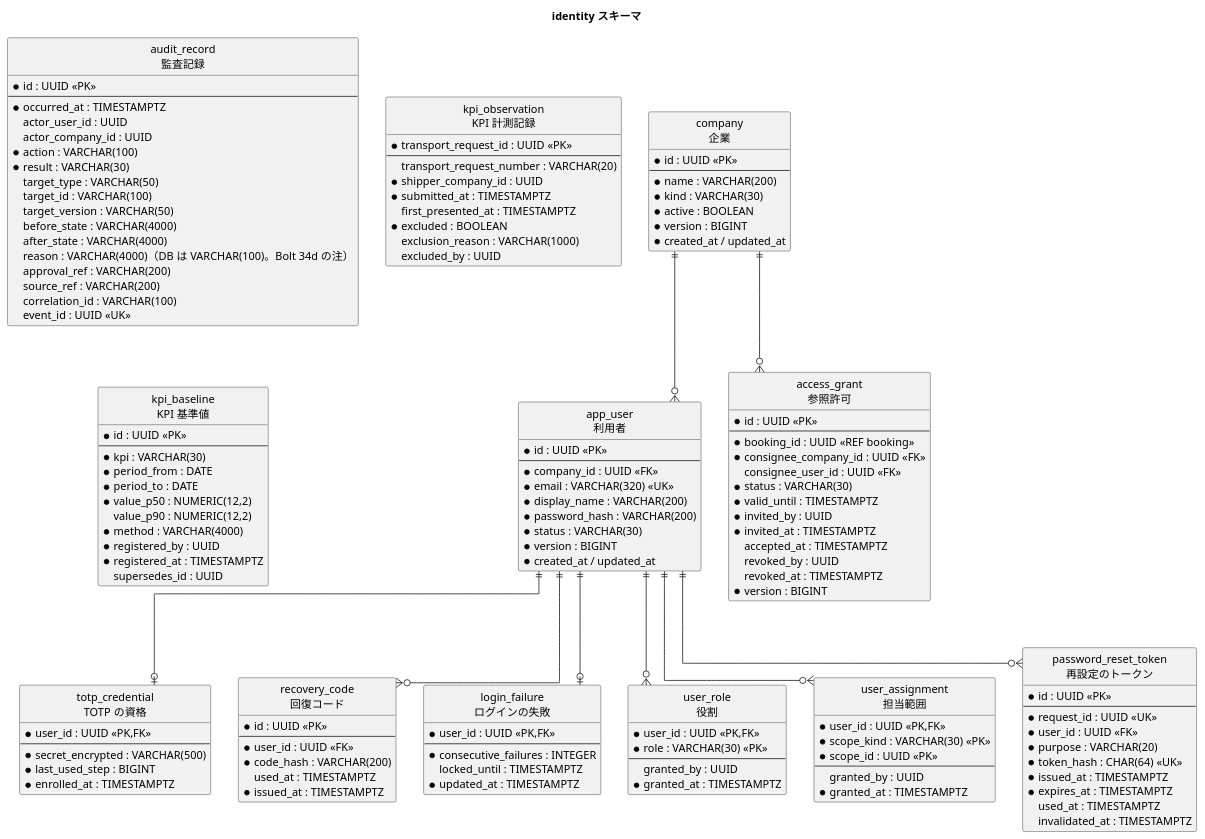
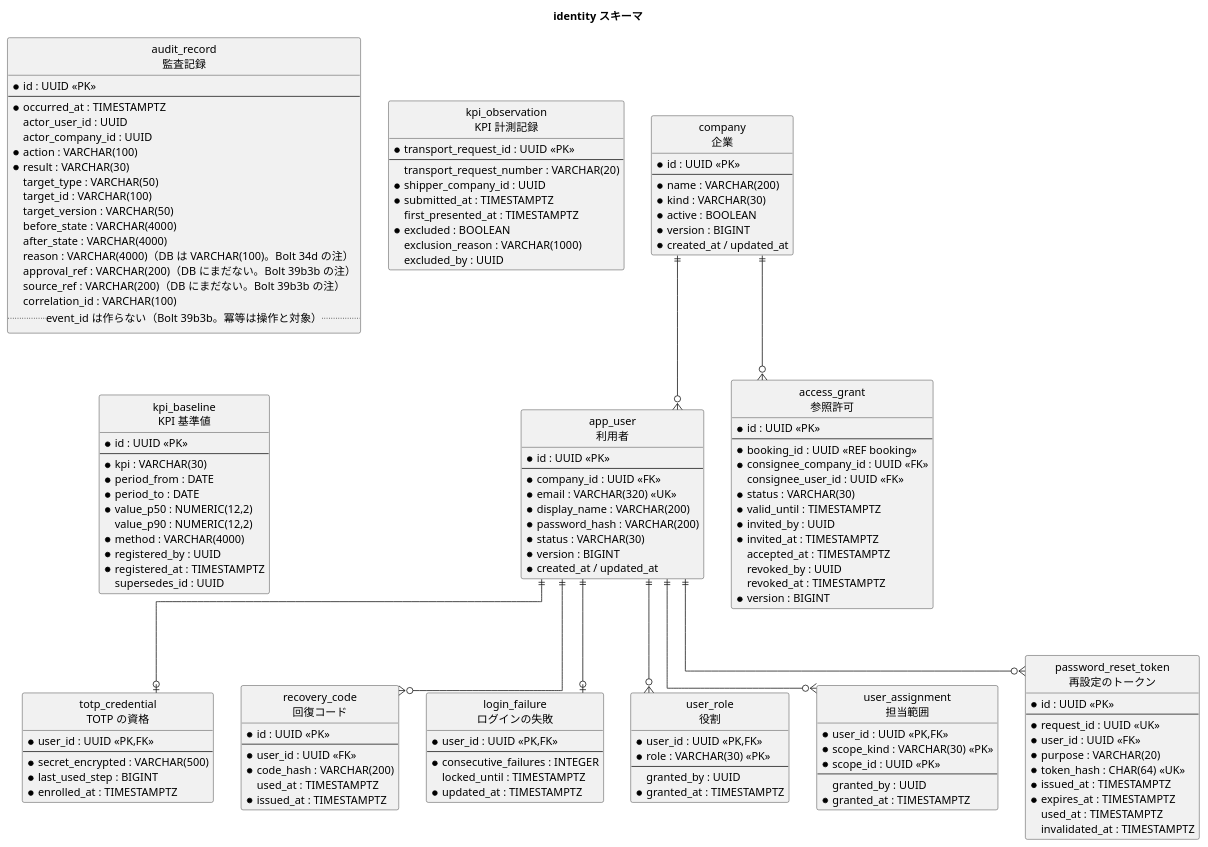
The sixth of 8 diagrams in docs/design/cargo-tracker/data_model.md (k2works/practical-domain-driven-design-in-enterpris-application), drawn with PlantUML before and after one commit. The commit also changed other lines of this file and 10 other files, not shown here.

```diff
--- a/docs/design/cargo-tracker/data_model.md
+++ b/docs/design/cargo-tracker/data_model.md
@@ -872,10 +872,10 @@
   before_state : VARCHAR(4000)
   after_state : VARCHAR(4000)
   reason : VARCHAR(4000)（DB は VARCHAR(100)。Bolt 34d の注）
-  approval_ref : VARCHAR(200)
-  source_ref : VARCHAR(200)
+  approval_ref : VARCHAR(200)（DB にまだない。Bolt 39b3b の注）
+  source_ref : VARCHAR(200)（DB にまだない。Bolt 39b3b の注）
   correlation_id : VARCHAR(100)
-  event_id : UUID <<UK>>
+  .. event_id は作らない（Bolt 39b3b。冪等は操作と対象） ..
 }
 entity "kpi_observation\nKPI 計測記録" as ko {
   * transport_request_id : UUID <<PK>>
```
